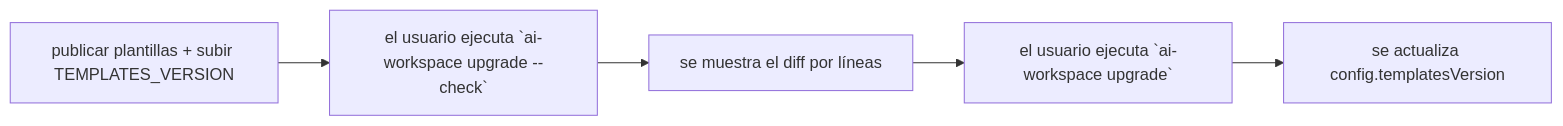
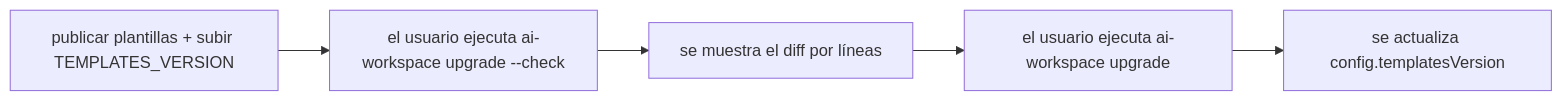
One commit to grojof/ai-workspace-generator changed the diagram in docs/es/MAINTAINING.md. Above: the diagram before and after it, drawn with Mermaid. The commit also changed 9 other files, not shown here.

First line of the commit message:
docs: integrate QUICKSTART into the READMEs and quote Mermaid labels

````diff
--- a/docs/es/MAINTAINING.md
+++ b/docs/es/MAINTAINING.md
@@ -25,7 +25,7 @@
 ```mermaid
 flowchart LR
-  PUB[publicar plantillas + subir TEMPLATES_VERSION] --> USER[el usuario ejecuta `ai-workspace upgrade --check`]
+  PUB["publicar plantillas + subir TEMPLATES_VERSION"] --> USER["el usuario ejecuta ai-workspace upgrade --check"]
   USER --> DIFF[se muestra el diff por líneas]
-  DIFF --> APPLY[el usuario ejecuta `ai-workspace upgrade`]
-  APPLY --> BUMP[se actualiza config.templatesVersion]
+  DIFF --> APPLY["el usuario ejecuta ai-workspace upgrade"]
+  APPLY --> BUMP["se actualiza config.templatesVersion"]
 ```
````
